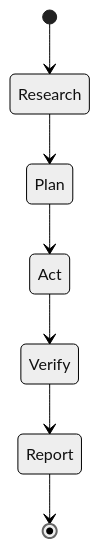
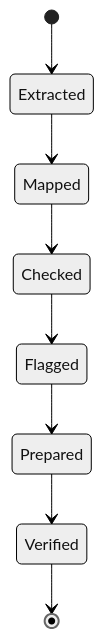
Before and after one commit to roshaninfordham/brainauthai: the second of 4 diagrams in README.md, drawn with Mermaid (neutral theme). The commit also changed other lines of this file and 2 other files, not shown here.

````diff
--- a/README.md
+++ b/README.md
@@ -107,9 +107,10 @@
 ```mermaid
 stateDiagram-v2
-  [*] --> Research
-  Research --> Plan
-  Plan --> Act
-  Act --> Verify
-  Verify --> Report
-  Report --> [*]
+  [*] --> Extracted
+  Extracted --> Mapped
+  Mapped --> Checked
+  Checked --> Flagged
+  Flagged --> Prepared
+  Prepared --> Verified
+  Verified --> [*]
 ```
````
